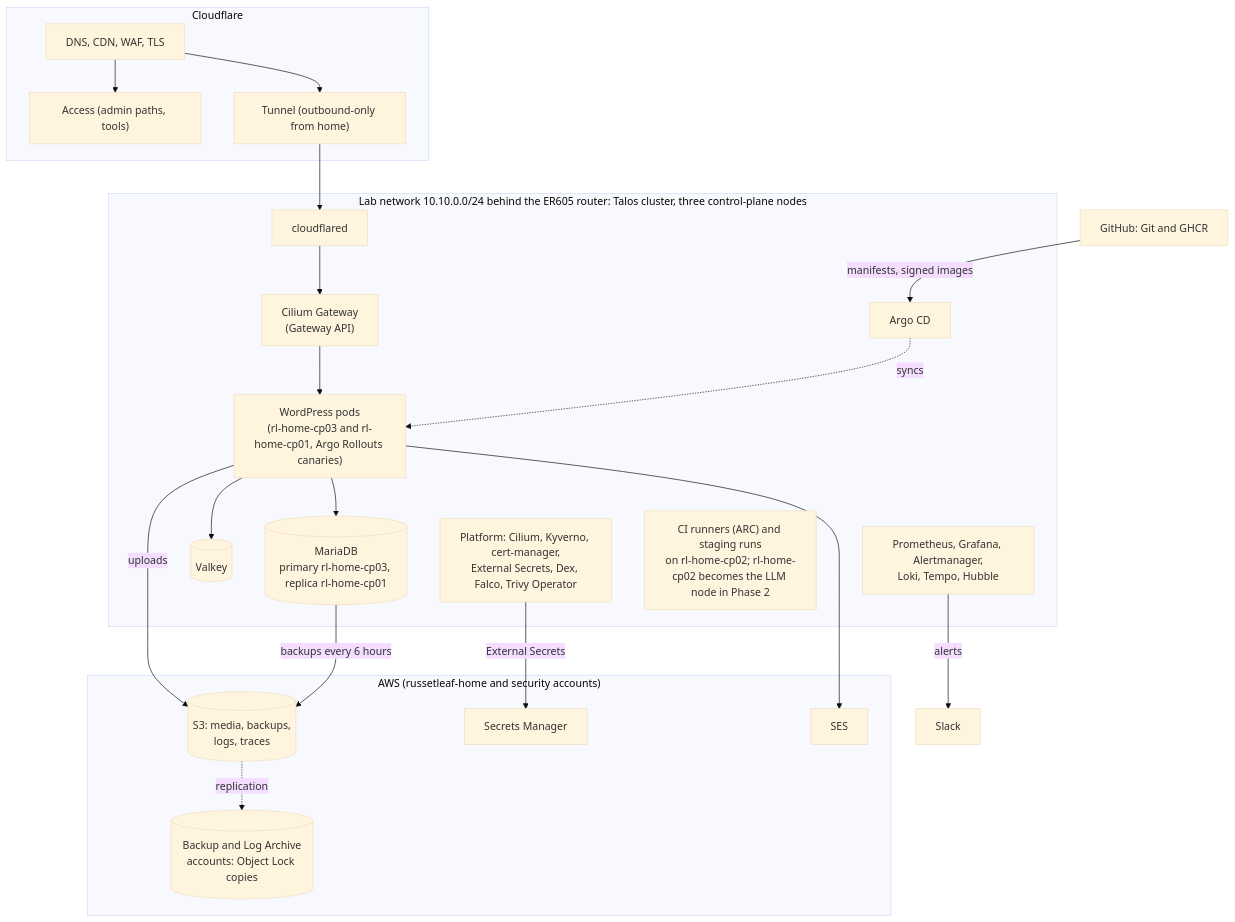
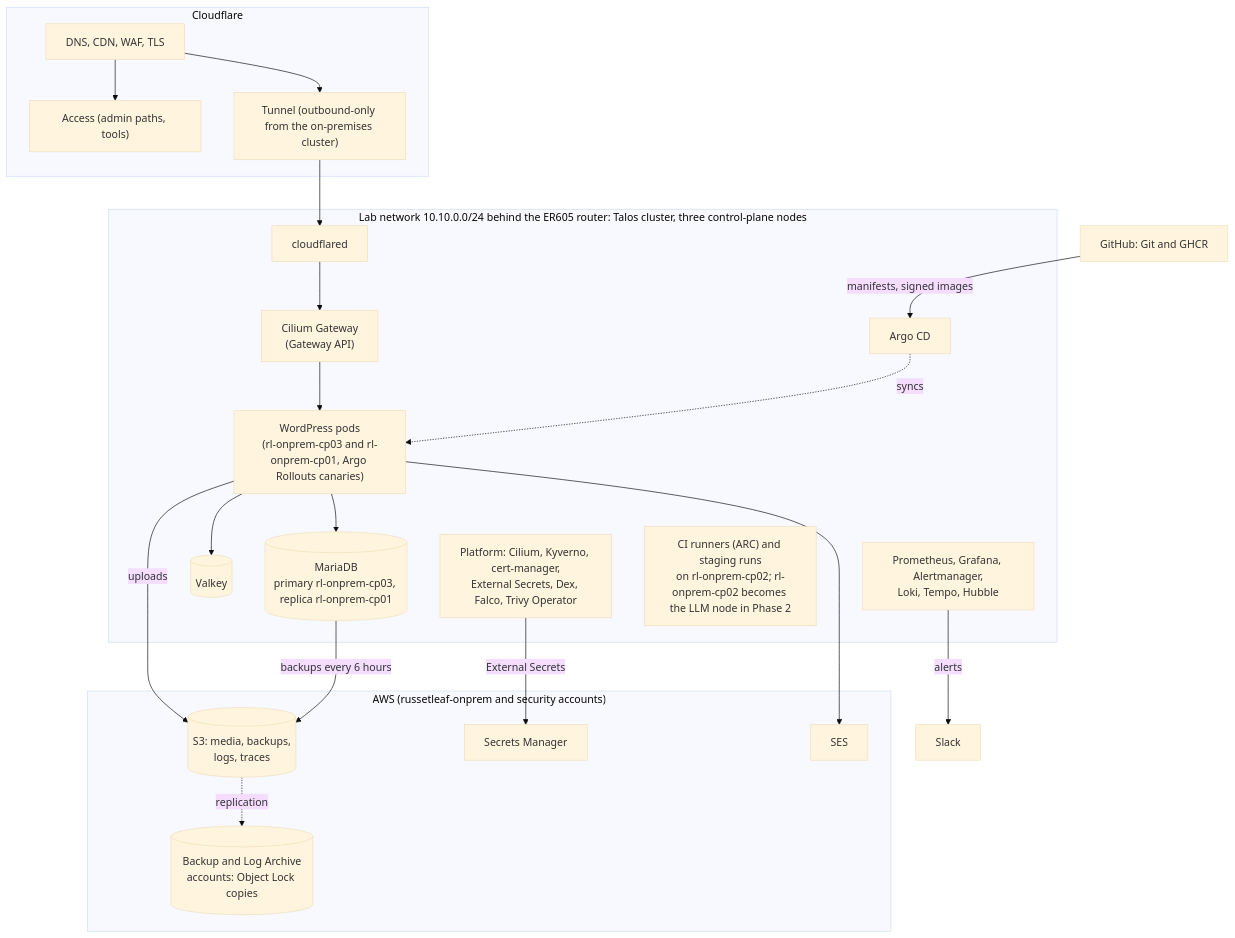
One commit to russetleaf/russetleaf-docs changed the second of 2 diagrams in docs/phase-1-russetleaf-dev/design.md. Above: the diagram before and after it, drawn with Mermaid (base theme). The commit also changed other lines of this file and 80 other files, not shown here.

````diff
--- a/docs/phase-1-russetleaf-dev/design.md
+++ b/docs/phase-1-russetleaf-dev/design.md
@@ -40,31 +40,31 @@
 ```mermaid
 flowchart TB
   subgraph edge["Cloudflare"]
     dns["DNS, CDN, WAF, TLS"] --> access["Access (admin paths, tools)"]
-    tunnel["Tunnel (outbound-only from home)"]
+    tunnel["Tunnel (outbound-only from the on-premises cluster)"]
   end
   subgraph lab["Lab network 10.10.0.0/24 behind the ER605 router: Talos cluster, three control-plane nodes"]
     cfd["cloudflared"] --> ingress["Cilium Gateway<br/>(Gateway API)"]
-    ingress --> wp["WordPress pods<br/>(rl-home-cp03 and rl-home-cp01, Argo Rollouts canaries)"]
-    wp --> db[("MariaDB<br/>primary rl-home-cp03, replica rl-home-cp01")]
+    ingress --> wp["WordPress pods<br/>(rl-onprem-cp03 and rl-onprem-cp01, Argo Rollouts canaries)"]
+    wp --> db[("MariaDB<br/>primary rl-onprem-cp03, replica rl-onprem-cp01")]
     wp --> cache[("Valkey")]
     argo["Argo CD"] -.->|syncs| wp
     plat["Platform: Cilium, Kyverno, cert-manager,<br/>External Secrets, Dex, Falco, Trivy Operator"]
     obs["Prometheus, Grafana, Alertmanager,<br/>Loki, Tempo, Hubble"]
-    runners["CI runners (ARC) and staging runs<br/>on rl-home-cp02; rl-home-cp02 becomes the LLM node in Phase 2"]
+    runners["CI runners (ARC) and staging runs<br/>on rl-onprem-cp02; rl-onprem-cp02 becomes the LLM node in Phase 2"]
   end
-  subgraph aws["AWS (russetleaf-home and security accounts)"]
+  subgraph aws["AWS (russetleaf-onprem and security accounts)"]
     s3[("S3: media, backups,<br/>logs, traces")]
     sm["Secrets Manager"]
     ses["SES"]
     backup[("Backup and Log Archive<br/>accounts: Object Lock copies")]
   end
   dns --> tunnel --> cfd
   wp -->|"uploads"| s3
   wp --> ses
   db -->|"backups every 6 hours"| s3
   plat -->|"External Secrets"| sm
   s3 -.->|replication| backup
   obs -->|alerts| slack["Slack"]
   github["GitHub: Git and GHCR"] -->|"manifests, signed images"| argo
 ```
````
